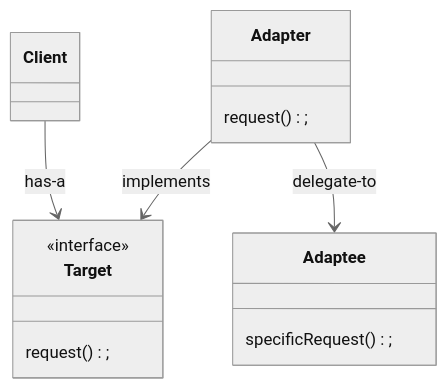
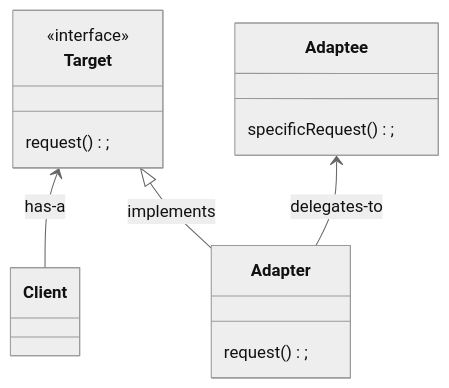
One commit to kaiosilveira/design-patterns changed the diagram in adapter/README.md. Above: the diagram before and after it, drawn with Mermaid (neutral theme). The commit also changed other lines of this file and 1 other file, not shown here.

Commit message:
adapter: update docs

````diff
--- a/adapter/README.md
+++ b/adapter/README.md
@@ -9,22 +9,21 @@
 ```mermaid
 classDiagram
 
-class Client { }
+class Client
 class Target {
     <<interface>>
-
     request();
 }
 
 class Adapter {
     request();
 }
 
 class Adaptee {
     specificRequest();
 }
 
-Client --> Target : has-a
-Adapter --> Target : implements
-Adapter --> Adaptee : delegate-to
+Target <-- Client : has-a
+Target <|-- Adapter : implements
+Adaptee <-- Adapter  : delegates-to
 ```
````
